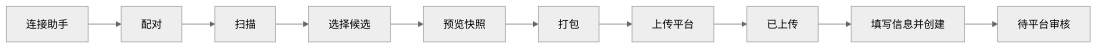
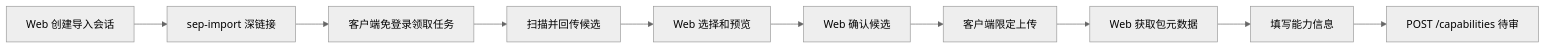
One commit to 12456756/SEP changed the diagram in docs/plans/2026-11-03-Skills本机扫描导入前端开发方案-v1.md. Above: the diagram before and after it, drawn with Mermaid (neutral theme). The commit also changed other lines of this file and 58 other files, not shown here.

````diff
--- a/docs/plans/2026-11-03-Skills本机扫描导入前端开发方案-v1.md
+++ b/docs/plans/2026-11-03-Skills本机扫描导入前端开发方案-v1.md
@@ -248,12 +203,12 @@
 ```mermaid
 flowchart LR
-  A[连接助手] --> B[配对]
-  B --> C[扫描]
-  C --> D[选择候选]
-  D --> E[预览快照]
-  E --> F[打包]
-  F --> G[上传平台]
-  G --> H[已上传]
-  H --> I[填写信息并创建]
-  I --> J[待平台审核]
+  A[Web 创建导入会话] --> B[sep-import 深链接]
+  B --> C[客户端免登录领取任务]
+  C --> D[扫描并回传候选]
+  D --> E[Web 选择和预览]
+  E --> F[Web 确认候选]
+  F --> G[客户端限定上传]
+  G --> H[Web 获取包元数据]
+  H --> I[填写能力信息]
+  I --> J[POST /capabilities 待审]
 ```
````
